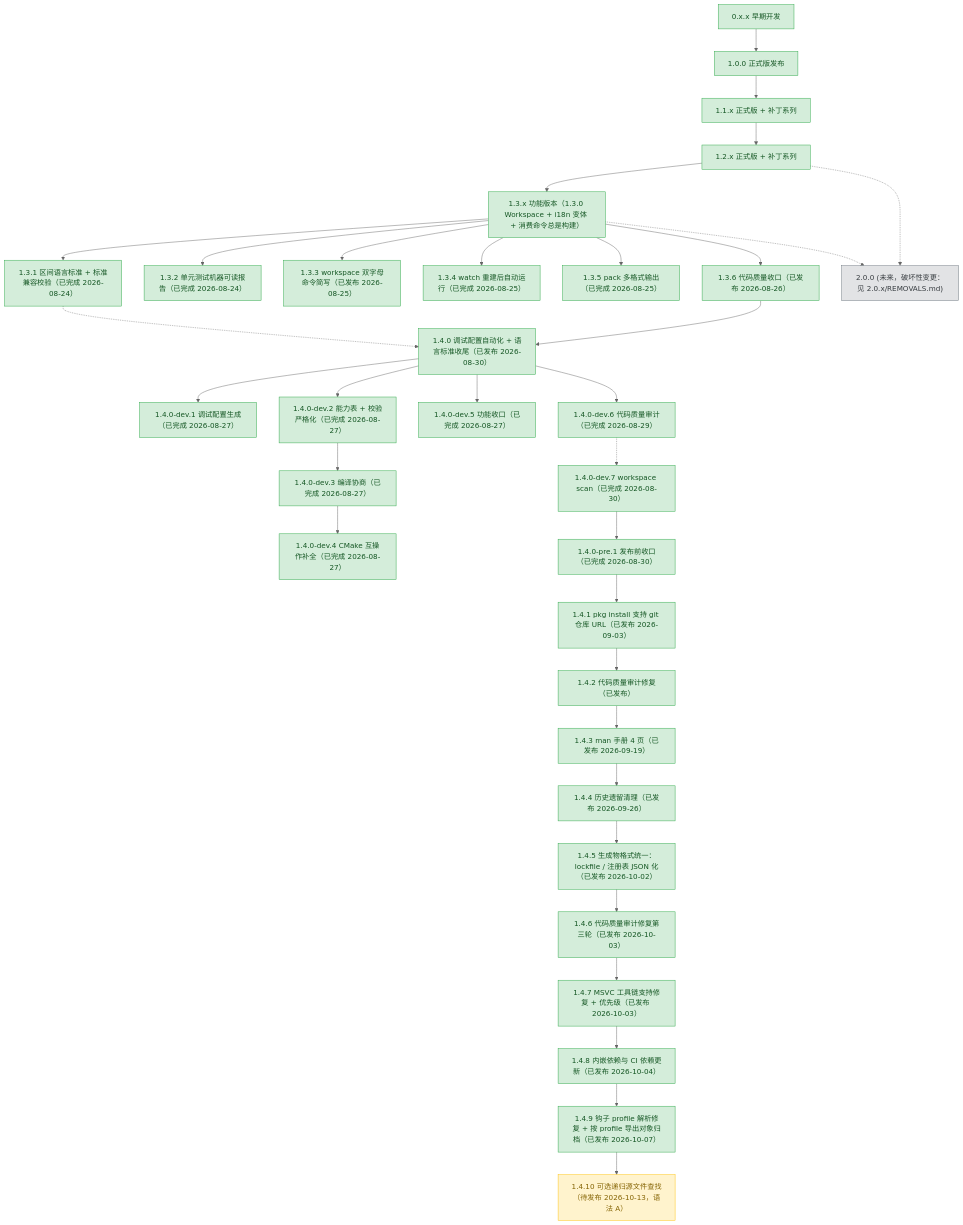
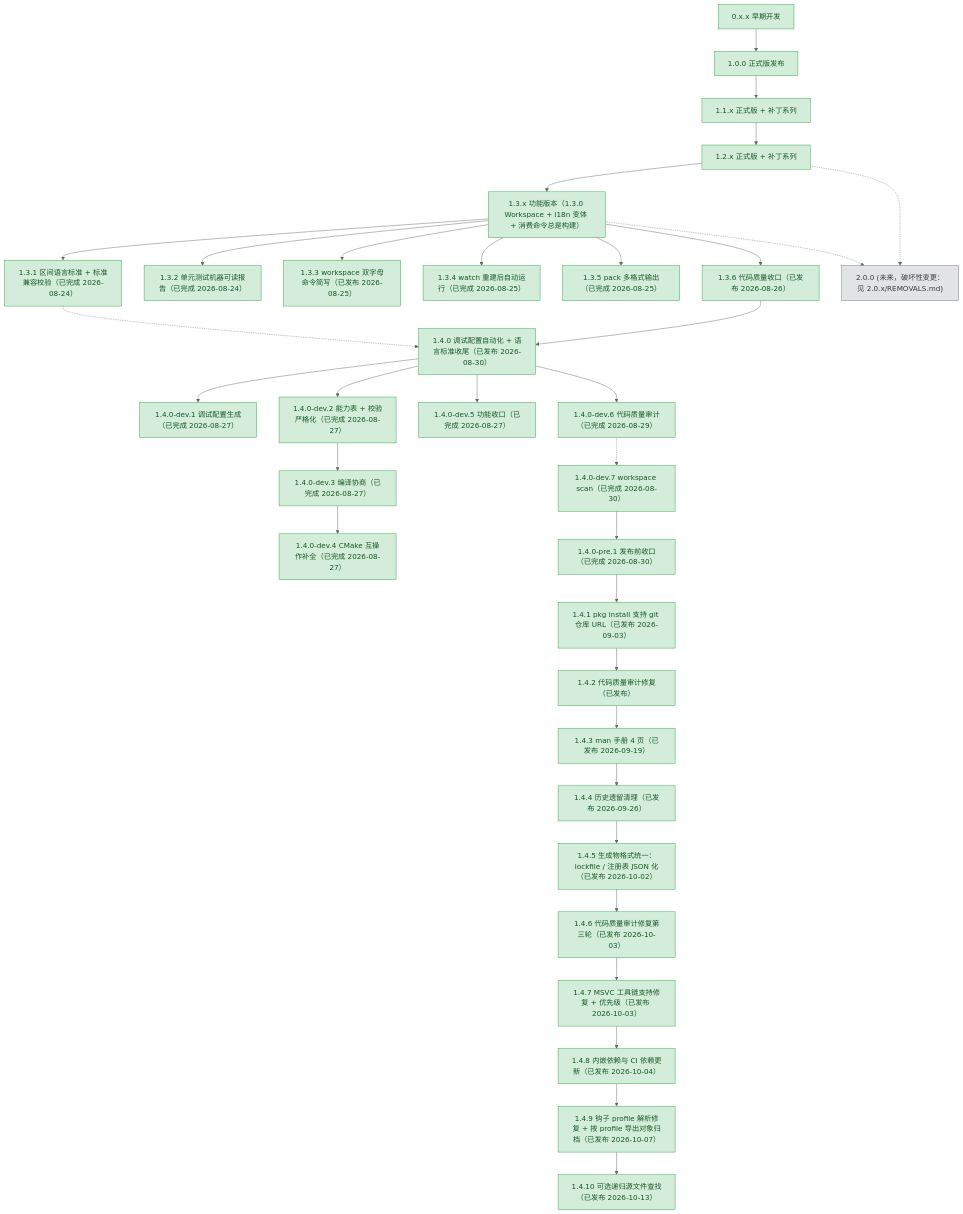
The diagram in plans/README.md (3667808244/EazyMake), drawn with Mermaid (neutral theme) before and after one commit. The commit also changed other lines of this file and 4 other files, not shown here.

````diff
--- a/plans/README.md
+++ b/plans/README.md
@@ -106,7 +107,7 @@
     v147p["1.4.7 MSVC 工具链支持修复 + 优先级（已发布 2026-10-03）"]
     v148p["1.4.8 内嵌依赖与 CI 依赖更新（已发布 2026-10-04）"]
     v149p["1.4.9 钩子 profile 解析修复 + 按 profile 导出对象归档（已发布 2026-10-07）"]
-    v1410["1.4.10 可选递归源文件查找（待发布 2026-10-13，语法 A）"]
+    v1410["1.4.10 可选递归源文件查找（已发布 2026-10-13）"]
     v200["2.0.0 (未来，破坏性变更：见 2.0.x/REMOVALS.md)"]
 
     v0xx --> v100
@@ -174,6 +175,6 @@
     class v147p done;
     class v148p done;
     class v149p done;
-    class v1410 active;
+    class v1410 done;
     class v200 todo;
 ```
````
